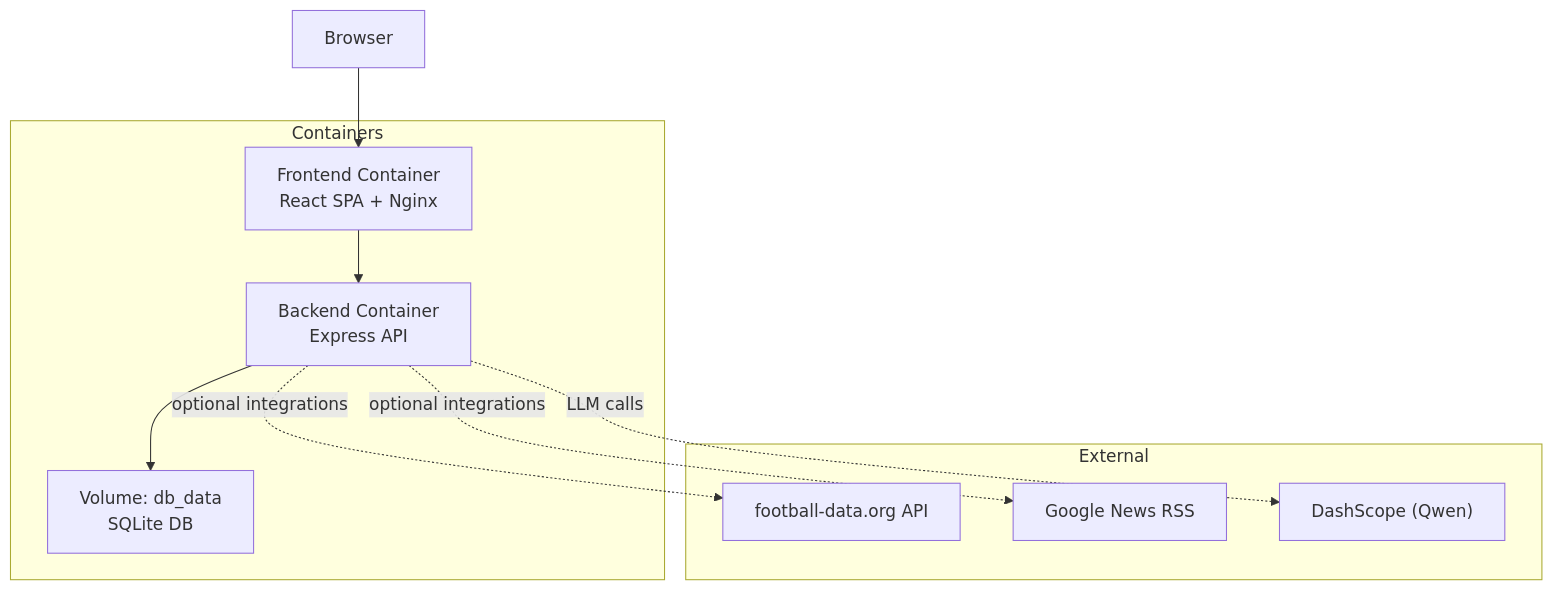
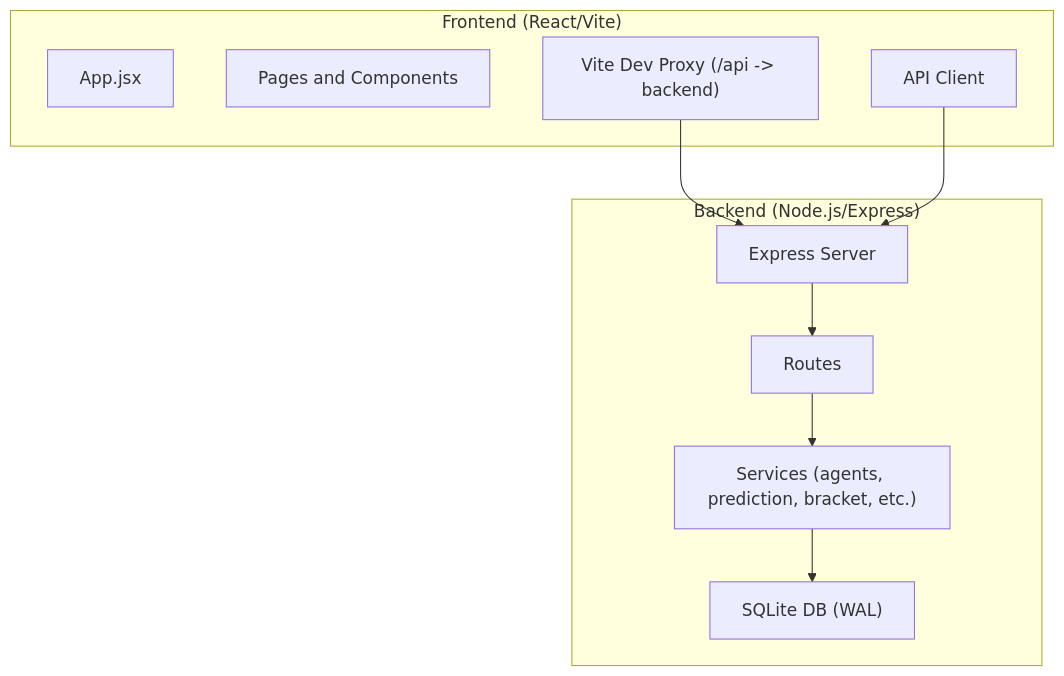
The second of 6 diagrams in .qoder/repowiki/en/content/Development Guidelines.md (cheesiong/WC26-qwen), drawn with Mermaid before and after one commit. The commit also changed other lines of this file and 181 other files, not shown here.

````diff
--- a/.qoder/repowiki/en/content/Development Guidelines.md
+++ b/.qoder/repowiki/en/content/Development Guidelines.md
@@ -111,19 +118,20 @@
 ```mermaid
 graph TB
-subgraph "Containers"
-B["Backend Container<br/>Express API"]
-F["Frontend Container<br/>React SPA + Nginx"]
-DB["Volume: db_data<br/>SQLite DB"]
+subgraph "Frontend (React/Vite)"
+FE_APP["App.jsx"]
+FE_PAGES["Pages and Components"]
+FE_API["API Client"]
+FE_PROXY["Vite Dev Proxy (/api -> backend)"]
 end
-subgraph "External"
-EXT1["football-data.org API"]
-EXT2["Google News RSS"]
-EXT3["DashScope (Qwen)"]
+subgraph "Backend (Node.js/Express)"
+BE_SERVER["Express Server"]
+BE_ROUTES["Routes"]
+BE_SERVICES["Services (agents, prediction, bracket, etc.)"]
+BE_DB["SQLite DB (WAL)"]
 end
-U["Browser"] --> F
-F --> B
-B --> DB
-B -. optional integrations .-> EXT1
-B -. optional integrations .-> EXT2
-B -. LLM calls .-> EXT3
+FE_PROXY --> BE_SERVER
+FE_API --> BE_SERVER
+BE_SERVER --> BE_ROUTES
+BE_ROUTES --> BE_SERVICES
+BE_SERVICES --> BE_DB
 ```
````
